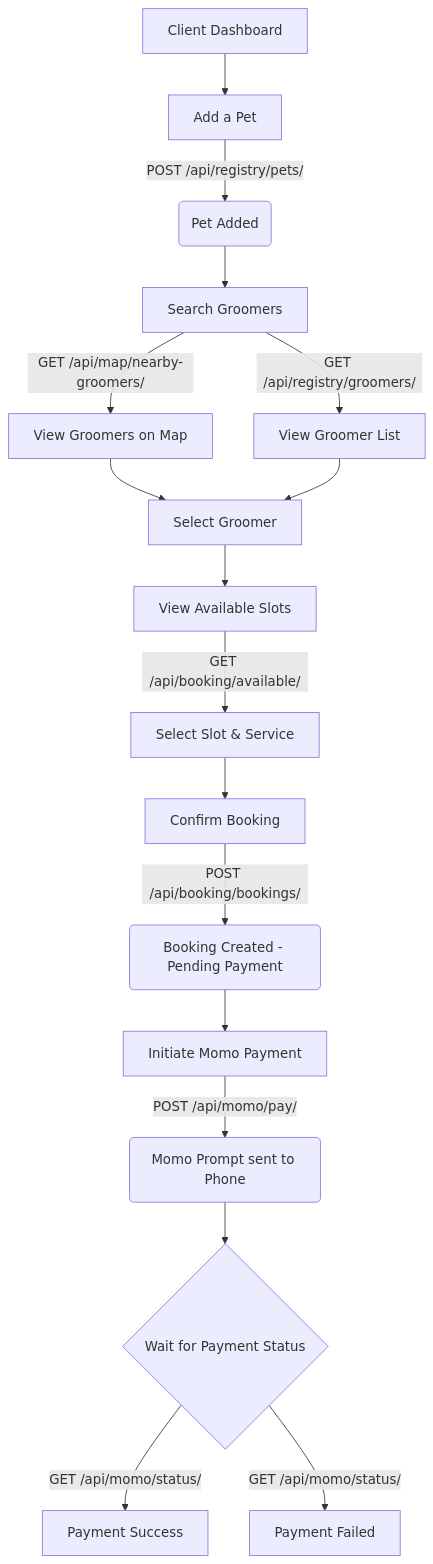
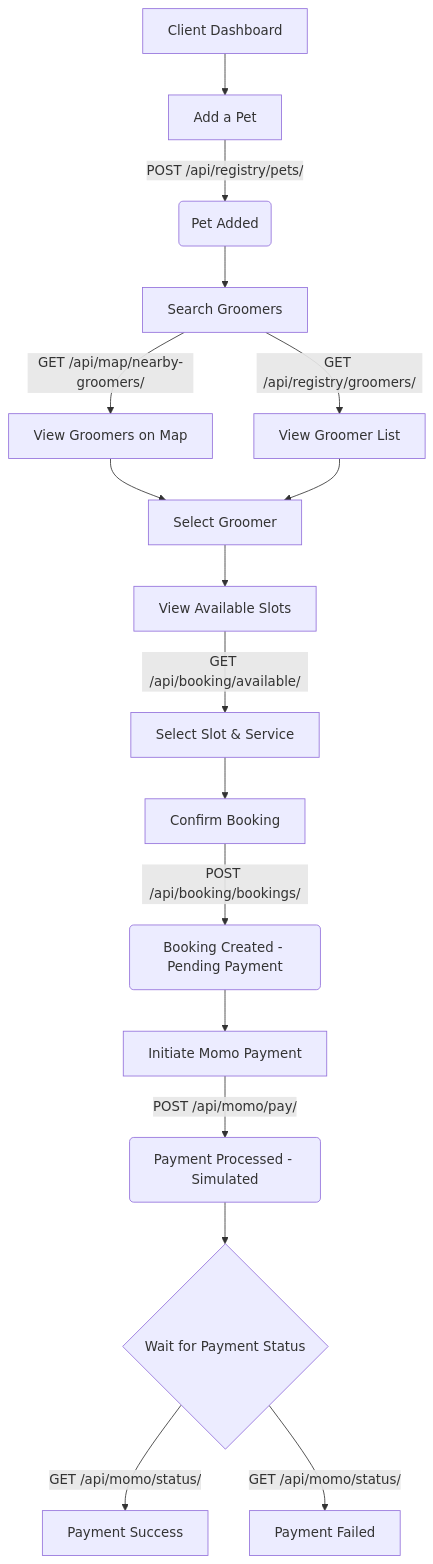
The second of 3 diagrams in README.md (kngxfrd/PawPal_frontend), drawn with Mermaid before and after one commit. The commit also changed other lines of this file, not shown here.

````diff
--- a/README.md
+++ b/README.md
@@ -94,23 +94,23 @@
 ```mermaid
 flowchart TD
     A[Client Dashboard] --> B[Add a Pet]
     B --> |POST /api/registry/pets/| C(Pet Added)
     C --> D[Search Groomers]
     
     D --> |GET /api/map/nearby-groomers/| E[View Groomers on Map]
     D --> |GET /api/registry/groomers/| F[View Groomer List]
     
     E --> G[Select Groomer]
     F --> G
     
     G --> H[View Available Slots]
     H --> |GET /api/booking/available/| I[Select Slot & Service]
     I --> J[Confirm Booking]
     J --> |POST /api/booking/bookings/| K(Booking Created - Pending Payment)
     
     K --> L[Initiate Momo Payment]
-    L --> |POST /api/momo/pay/| M(Momo Prompt sent to Phone)
+    L --> |POST /api/momo/pay/| M(Payment Processed - Simulated)
     M --> N{Wait for Payment Status}
     N --> |GET /api/momo/status/| O[Payment Success]
     N --> |GET /api/momo/status/| P[Payment Failed]
 ```
````
